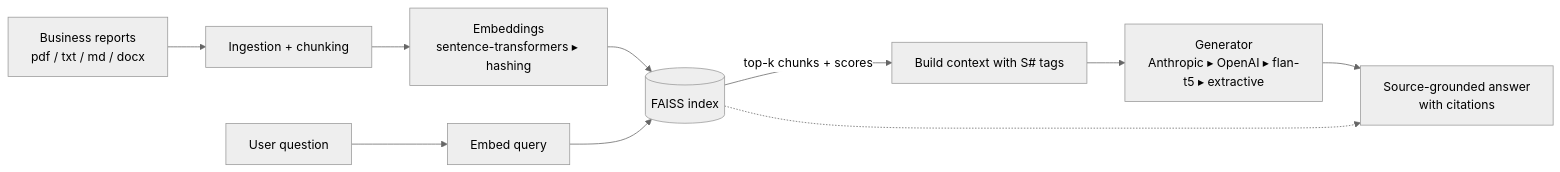
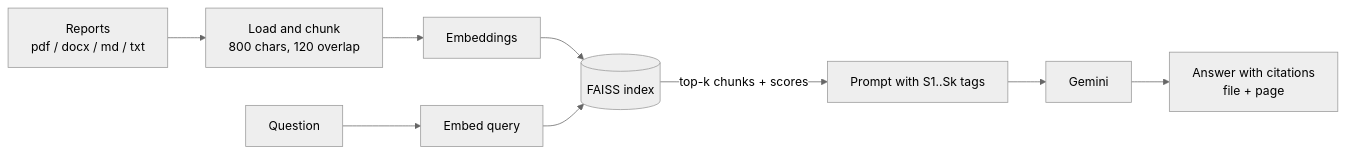
One commit to ManojRam7/RAG_Analytics_Agent changed the diagram in README.md. Above: the diagram before and after it, drawn with Mermaid (neutral theme). The commit also changed other lines of this file and 11 other files, not shown here.

Commit message:
Use Gemini as the primary API backend for answers and embeddings; rewrite README

````diff
--- a/README.md
+++ b/README.md
@@ -40,12 +21,10 @@
 ```mermaid
 flowchart LR
-    A[Business reports<br/>pdf / txt / md / docx] --> B[Ingestion + chunking]
-    B --> C[Embeddings<br/>sentence-transformers ▸ hashing]
+    A[Reports<br/>pdf / docx / md / txt] --> B[Load and chunk<br/>800 chars, 120 overlap]
+    B --> C[Embeddings]
     C --> D[(FAISS index)]
-    Q[User question] --> E[Embed query]
-    E --> D
-    D -->|top-k chunks + scores| F[Build context with S# tags]
-    F --> G[Generator<br/>Anthropic ▸ OpenAI ▸ flan-t5 ▸ extractive]
-    G --> H[Source-grounded answer<br/>with citations]
-    D -.-> H
+    Q[Question] --> E[Embed query] --> D
+    D -->|top-k chunks + scores| F[Prompt with S1..Sk tags]
+    F --> G[Gemini]
+    G --> H[Answer with citations<br/>file + page]
 ```
````
